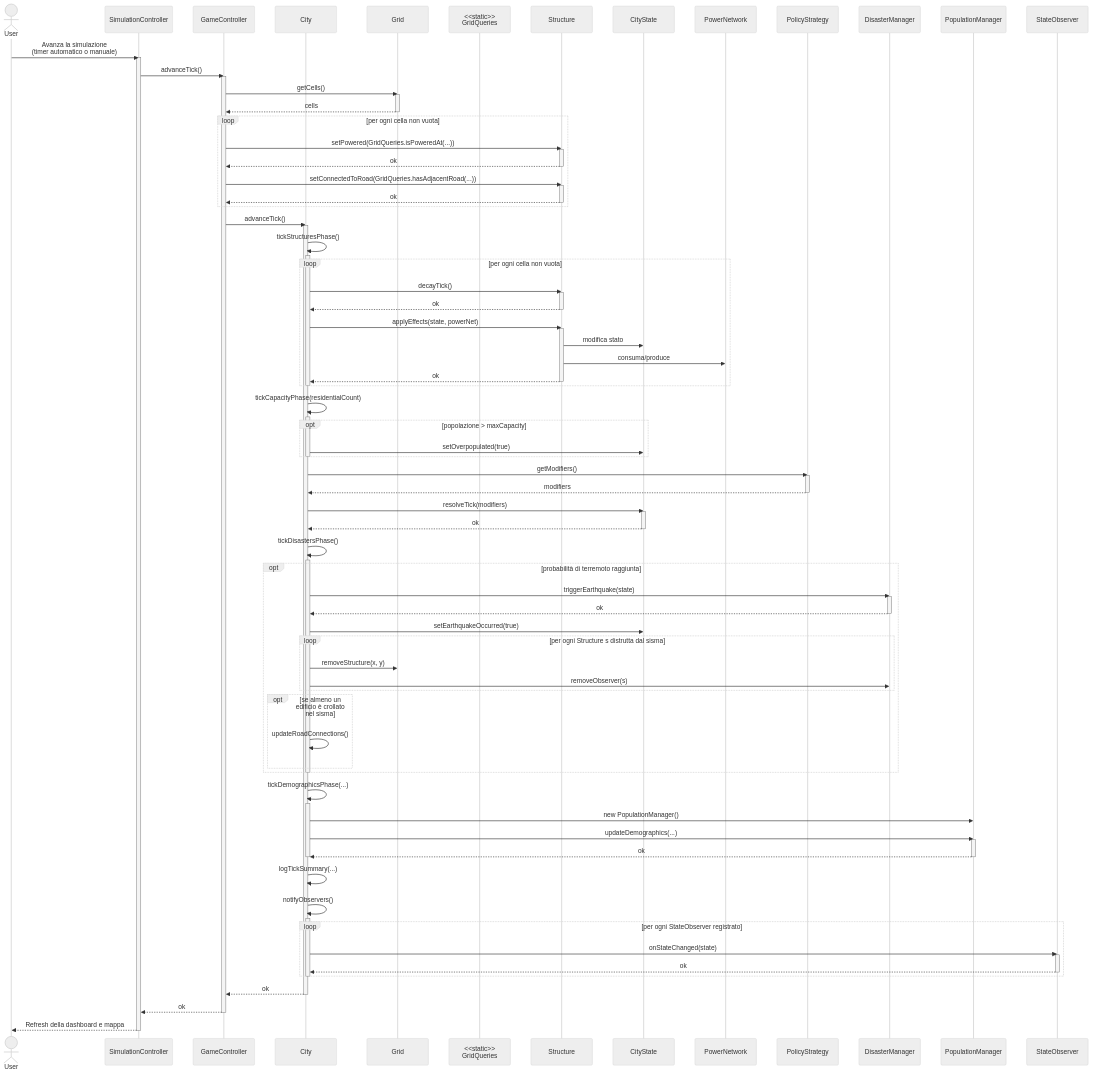
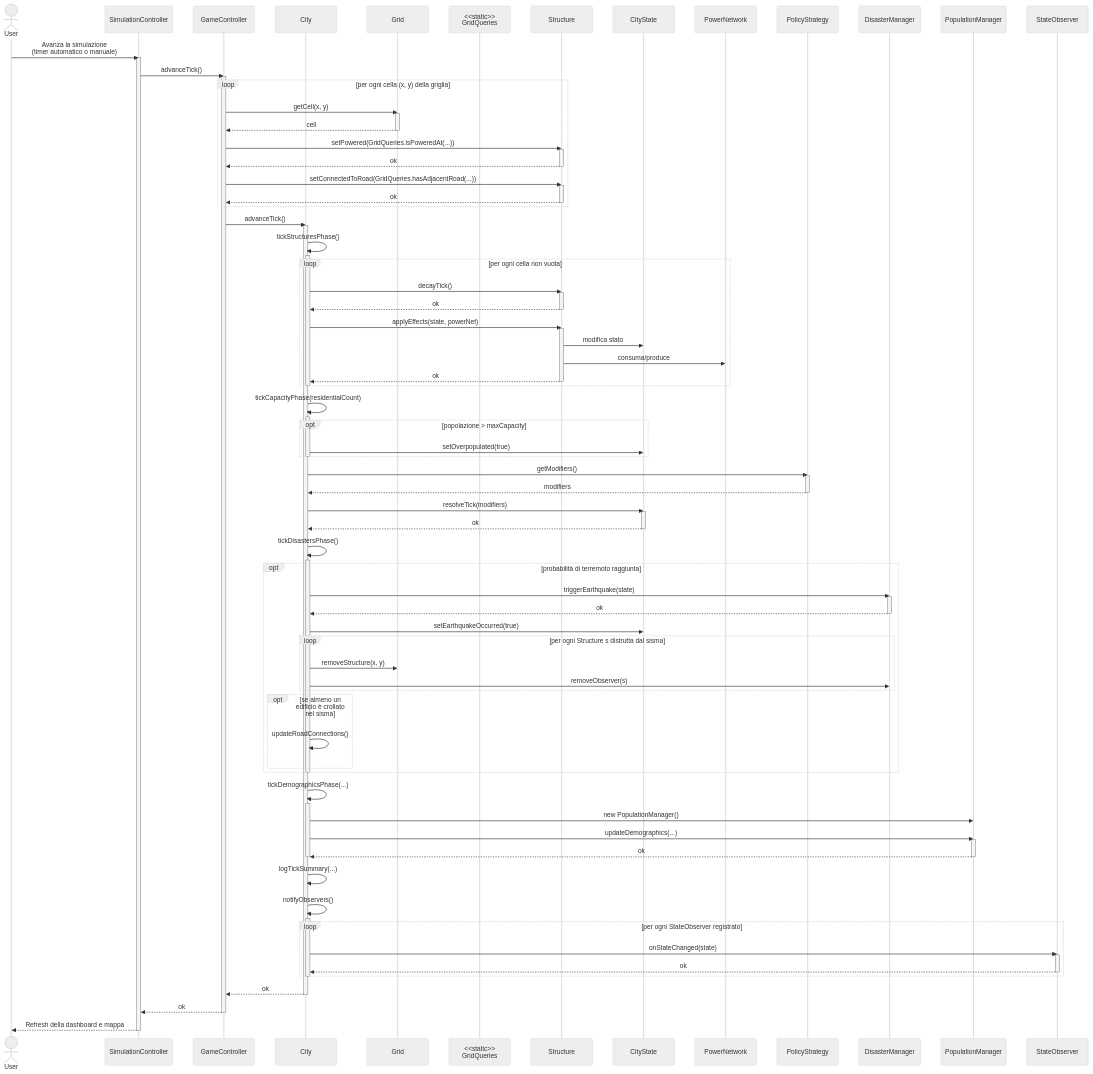
The diagram in docs/diagrams/md/InternalSequenceDiagram1.md (simonebumstead/city_simulator), drawn with Mermaid (neutral theme) before and after one commit. The commit also changed 12 other files, not shown here.

```diff
--- a/docs/diagrams/md/InternalSequenceDiagram1.md
+++ b/docs/diagrams/md/InternalSequenceDiagram1.md
@@ -23,12 +23,12 @@
     activate GC
 
     %% Fase Pre-Pass
-    GC->>Grid: getCells()
-    activate Grid
-    Grid-->>GC: cells
-    deactivate Grid
+    loop per ogni cella (x, y) della griglia
+        GC->>Grid: getCell(x, y)
+        activate Grid
+        Grid-->>GC: cell
+        deactivate Grid
 
-    loop per ogni cella non vuota
         GC->>Structure: setPowered(GridQueries.isPoweredAt(...))
         activate Structure
         Structure-->>GC: ok
```
